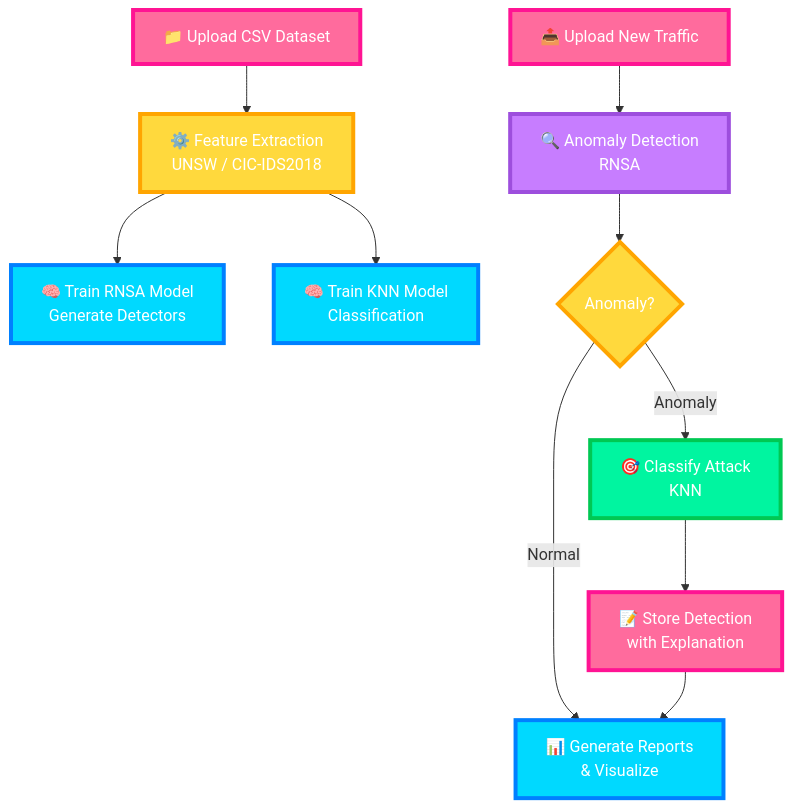
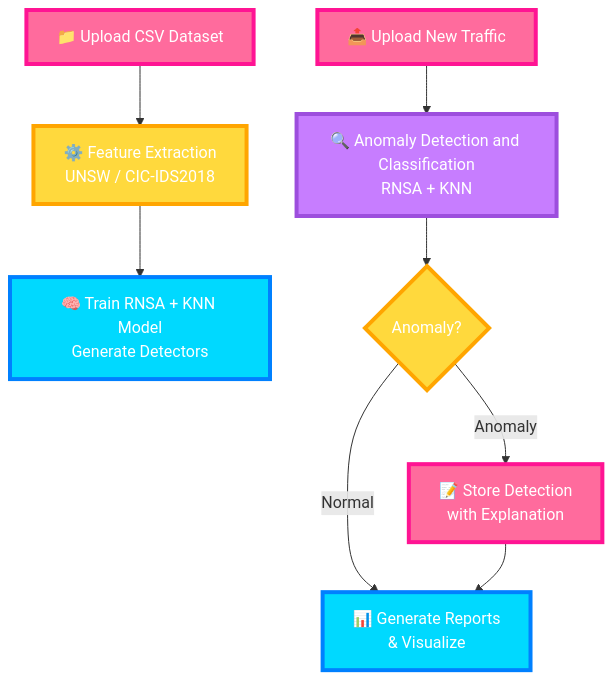
The diagram in README.MD (AljawharaK/vigilante), drawn with Mermaid before and after one commit. The commit also changed other lines of this file, not shown here.

````diff
--- a/README.MD
+++ b/README.MD
@@ -52,28 +52,24 @@
 ```mermaid
 graph TB
     A[📁 Upload CSV Dataset]:::input
     B[⚙️ Feature Extraction<br/>UNSW / CIC-IDS2018]:::process
-    C[🧠 Train RNSA Model<br/>Generate Detectors]:::train
-    D[🧠 Train KNN Model<br/>Classification]:::train
-    E[📤 Upload New Traffic]:::input
-    F[🔍 Anomaly Detection<br/>RNSA]:::detect
-    G{Anomaly?}:::decision
-    H[🎯 Classify Attack<br/>KNN]:::classify
-    I[📝 Store Detection<br/>with Explanation]:::store
-    J[📊 Generate Reports<br/>& Visualize]:::output
+    C[🧠 Train RNSA + KNN Model<br/>Generate Detectors]:::train
+    D[📤 Upload New Traffic]:::input
+    E[🔍 Anomaly Detection and Classification<br/>RNSA + KNN]:::detect
+    F{Anomaly?}:::decision
+    G[📝 Store Detection<br/>with Explanation]:::store
+    H[📊 Generate Reports<br/>& Visualize]:::output
 
     A --> B --> C
-    B --> D
-    E --> F --> G
-    G -->|Normal| J
-    G -->|Anomaly| H --> I --> J
+    D --> E --> F
+    F -->|Normal| H
+    F -->|Anomaly| G --> H
     
     classDef input fill:#FF6B9D,stroke:#FF1493,stroke-width:4px,color:#FFF
     classDef process fill:#FFD93D,stroke:#FFA500,stroke-width:4px,color:#FFF
     classDef train fill:#00D9FF,stroke:#0080FF,stroke-width:4px,color:#FFF
     classDef detect fill:#C77DFF,stroke:#9D4EDD,stroke-width:4px,color:#FFF
     classDef decision fill:#FFD93D,stroke:#FFA500,stroke-width:4px,color:#FFF
-    classDef classify fill:#00F5A0,stroke:#00C853,stroke-width:4px,color:#FFF
     classDef store fill:#FF6B9D,stroke:#FF1493,stroke-width:4px,color:#FFF
     classDef output fill:#00D9FF,stroke:#0080FF,stroke-width:4px,color:#FFF
 ```
````
